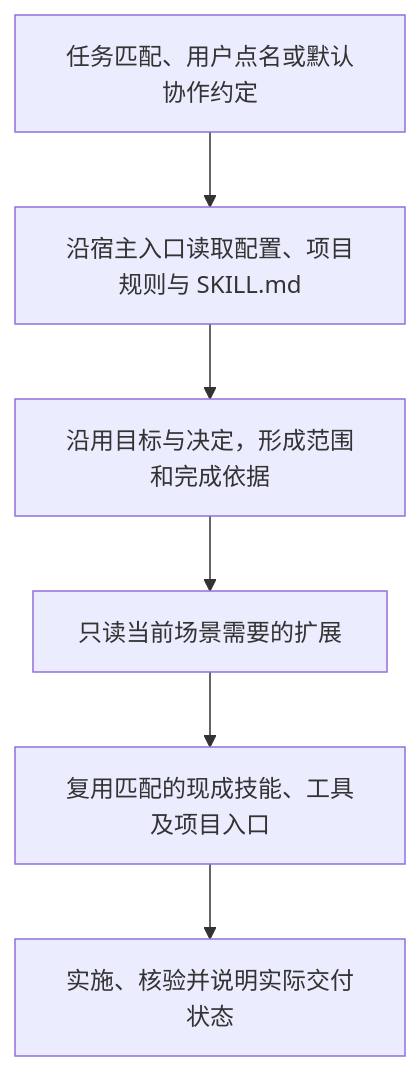
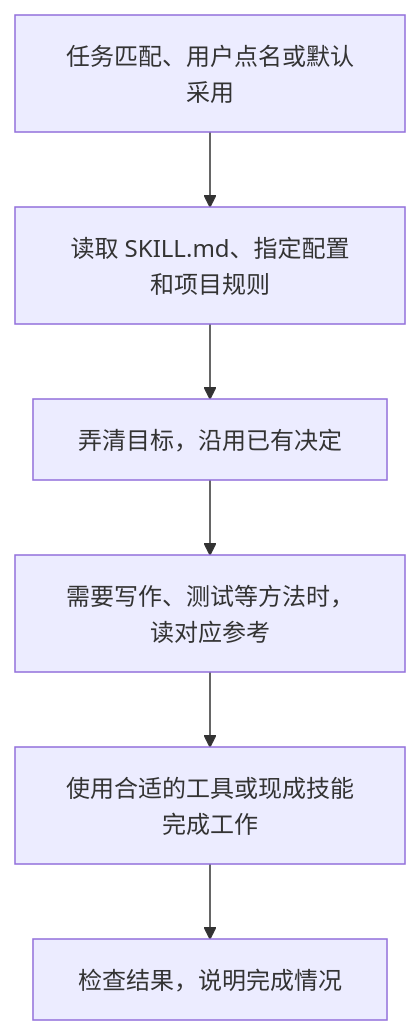
The diagram in README.md (waxiliwwww/agent-collaboration-guide), drawn with Mermaid before and after one commit. The commit also changed other lines of this file and 13 other files, not shown here.

````diff
--- a/README.md
+++ b/README.md
@@ -17,8 +21,8 @@
 ```mermaid
 flowchart TD
-    A[任务匹配、用户点名或默认协作约定] --> B[沿宿主入口读取配置、项目规则与 SKILL.md]
-    B --> C[沿用目标与决定，形成范围和完成依据]
-    C --> D[只读当前场景需要的扩展]
-    D --> E[复用匹配的现成技能、工具及项目入口]
-    E --> F[实施、核验并说明实际交付状态]
+    A[任务匹配、用户点名或默认采用] --> B[读取 SKILL.md、指定配置和项目规则]
+    B --> C[弄清目标，沿用已有决定]
+    C --> D[需要写作、测试等方法时，读对应参考]
+    D --> E[使用合适的工具或现成技能完成工作]
+    E --> F[检查结果，说明完成情况]
 ```
````
